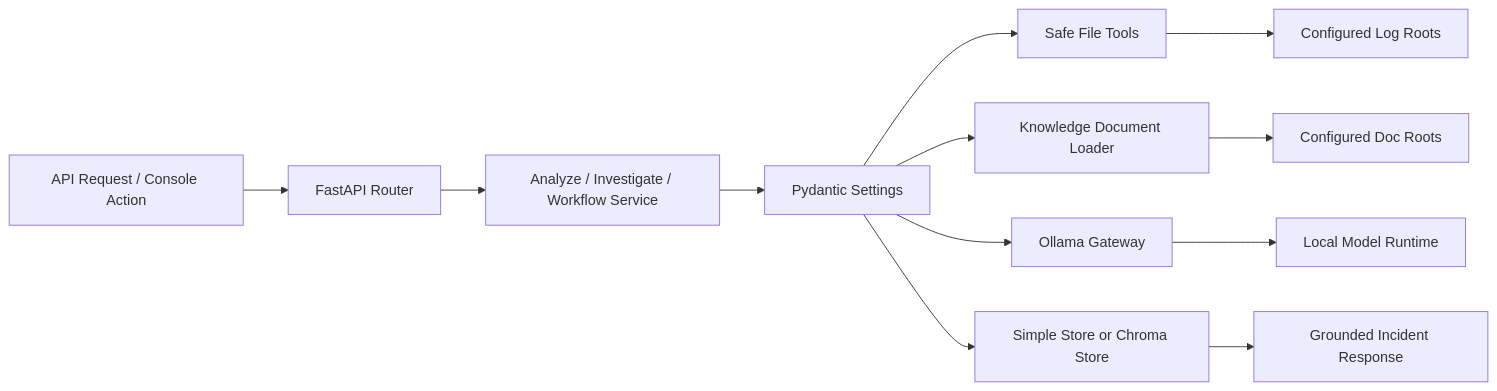
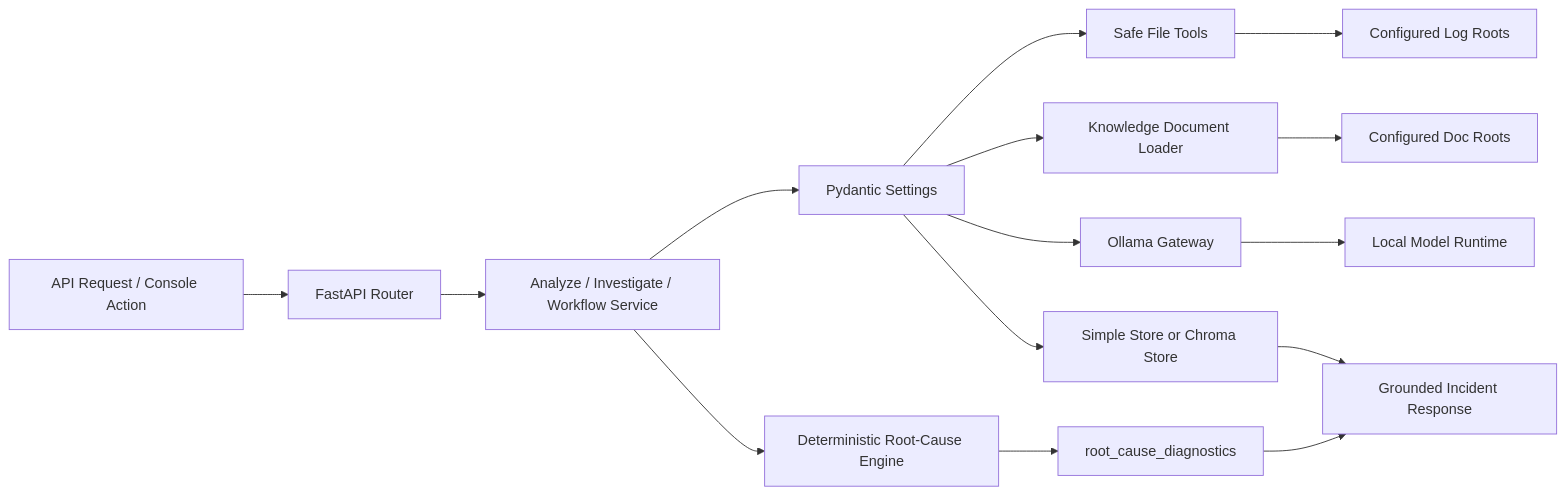
One commit to saikumar1767/Sentinel-Ops changed the fourth of 5 diagrams in README.md. Above: the diagram before and after it, drawn with Mermaid. The commit also changed other lines of this file and 43 other files, not shown here.

Commit message:
Month 9 root cause brain upgrade

````diff
--- a/README.md
+++ b/README.md
@@ -236,14 +243,17 @@
 ```mermaid
 flowchart LR
     Request["API Request / Console Action"] --> Router["FastAPI Router"]
     Router --> Service["Analyze / Investigate / Workflow Service"]
     Service --> Settings["Pydantic Settings"]
     Settings --> FileTools["Safe File Tools"]
     Settings --> Loader["Knowledge Document Loader"]
     Settings --> Gateway["Ollama Gateway"]
     Settings --> Store["Simple Store or Chroma Store"]
     FileTools --> Logs["Configured Log Roots"]
     Loader --> RepoDocs["Configured Doc Roots"]
+    Service --> Brain["Deterministic Root-Cause Engine"]
+    Brain --> Diagnostics["root_cause_diagnostics"]
     Gateway --> Model["Local Model Runtime"]
     Store --> Response["Grounded Incident Response"]
+    Diagnostics --> Response
 ```
````
